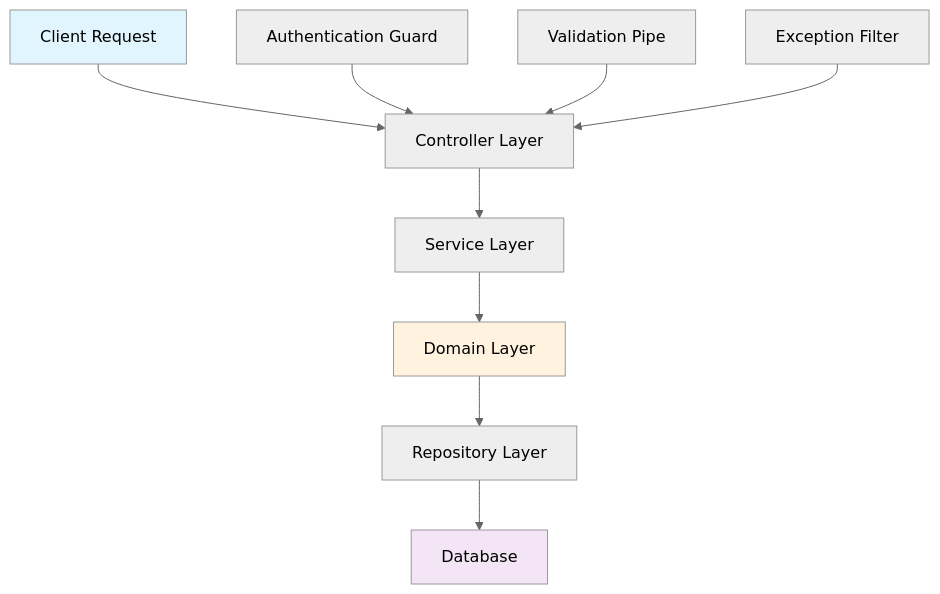
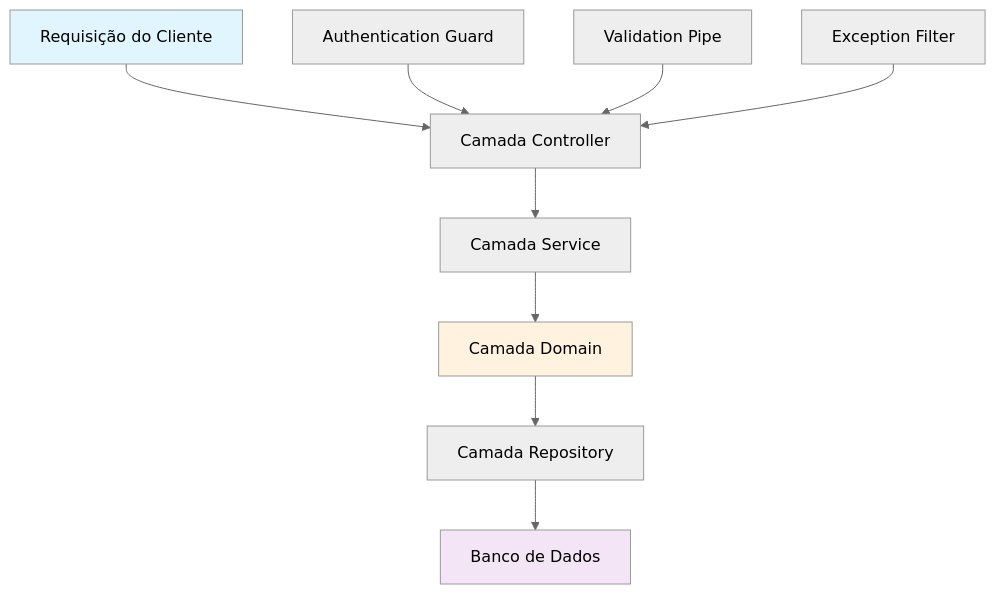
The first of 3 diagrams in README.md (Joaoof/API-sistema-gestaoint), drawn with Mermaid (neutral theme) before and after one commit. The commit also changed other lines of this file, not shown here.

`````diff
--- a/README.md
+++ b/README.md
@@ -163,16 +163,16 @@
-```mermaid
+````mermaid
 graph TB
-    A[Client Request] --> B[Controller Layer]
-    B --> C[Service Layer]
-    C --> D[Domain Layer]
-    D --> E[Repository Layer]
-    E --> F[Database]
+    A[Requisição do Cliente] --> B[Camada Controller]
+    B --> C[Camada Service]
+    C --> D[Camada Domain]
+    D --> E[Camada Repository]
+    E --> F[Banco de Dados]
     
     G[Authentication Guard] --> B
     H[Validation Pipe] --> B
     I[Exception Filter] --> B
     
     style A fill:#e1f5fe
     style F fill:#f3e5f5
     style D fill:#fff3e0
-```
+````
`````
